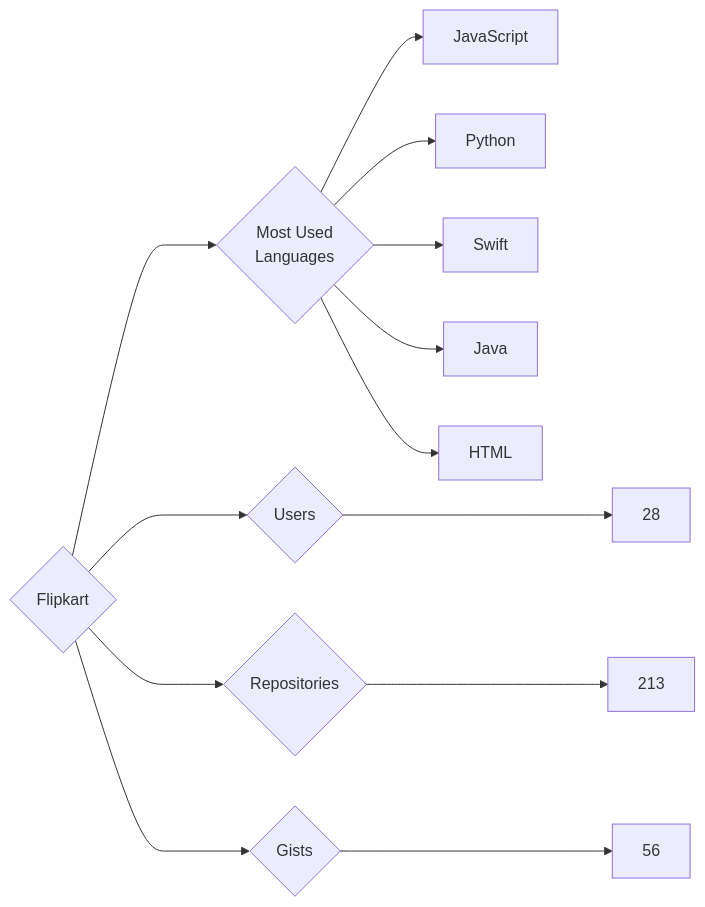
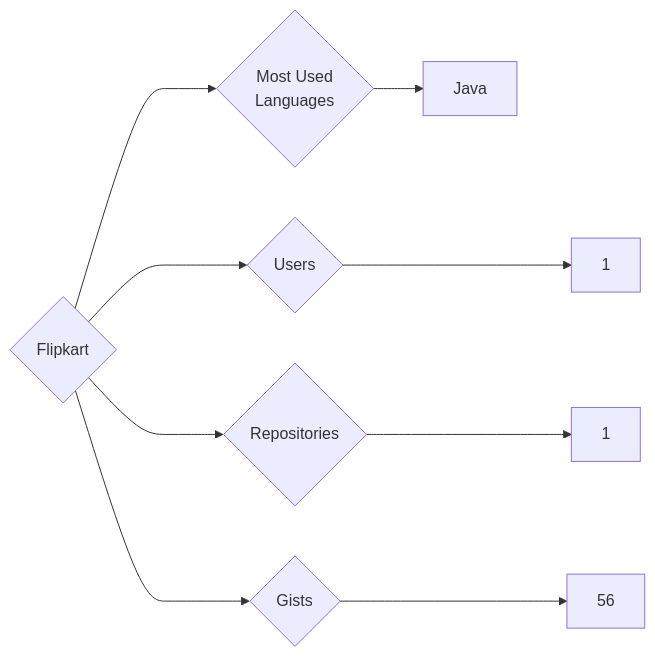
One commit to trickest/insiders changed the diagram in targets/Flipkart/README.md. Above: the diagram before and after it, drawn with Mermaid. The commit also changed 622 other files, not shown here.

````diff
--- a/targets/Flipkart/README.md
+++ b/targets/Flipkart/README.md
@@ -3,13 +3,9 @@
 ```mermaid
 graph LR
 COMPANY_NAME{Flipkart}
-COMPANY_NAME ---> U{Users} ---> UN[28]
-COMPANY_NAME ---> R{Repositories} ---> RN[213]
+COMPANY_NAME ---> U{Users} ---> UN[1]
+COMPANY_NAME ---> R{Repositories} ---> RN[1]
 COMPANY_NAME ---> G{Gists} ---> GN[56]
 COMPANY_NAME ---> ML{Most Used<br>Languages}
-ML --> JavaScript[JavaScript]
-ML --> Python[Python]
-ML --> Swift[Swift]
 ML --> Java[Java]
-ML --> HTML[HTML]
 ```
````
